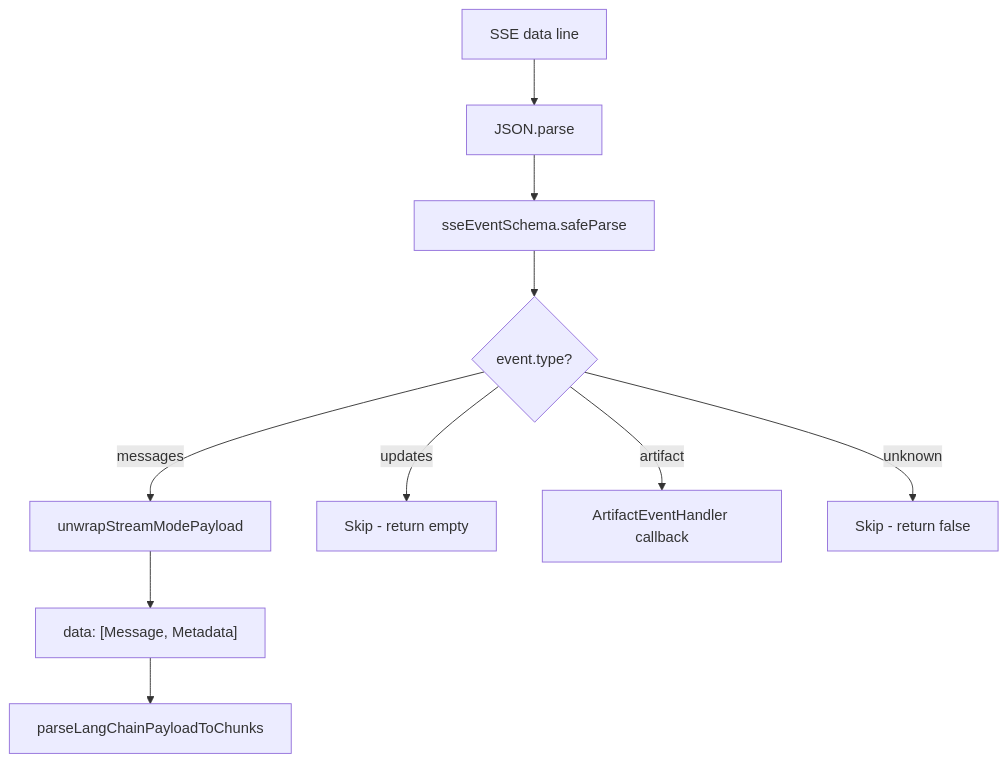
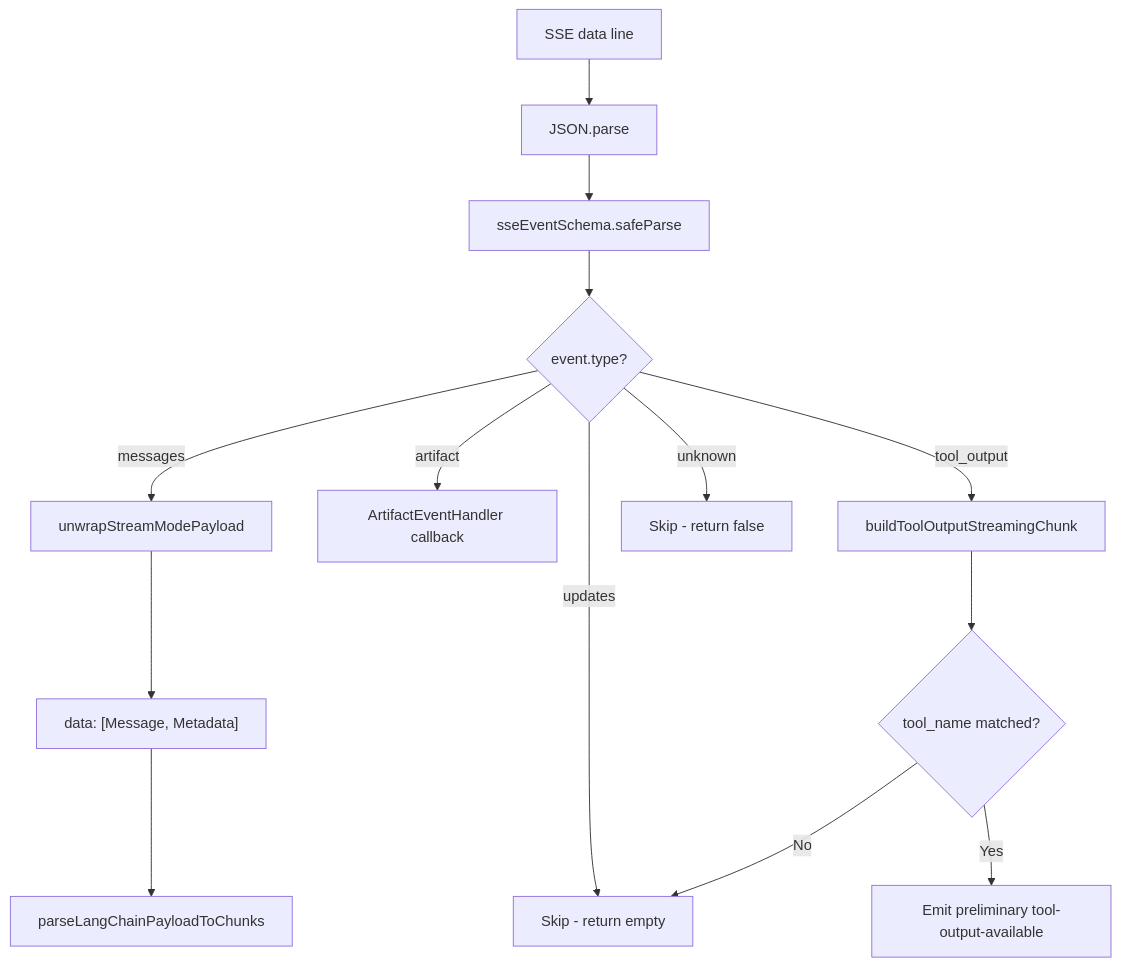
Before and after one commit to rzx007/digital-employe-client-web-m: the eighth of 11 diagrams in apps/web/src/lib/chat/langchain-stream-parser-flow.md, drawn with Mermaid. The commit also changed other lines of this file and 1 other file, not shown here.

````diff
--- a/apps/web/src/lib/chat/langchain-stream-parser-flow.md
+++ b/apps/web/src/lib/chat/langchain-stream-parser-flow.md
@@ -183,12 +288,16 @@
 ```mermaid
 flowchart TD
   A[SSE data line] --> B[JSON.parse]
   B --> C[sseEventSchema.safeParse]
   C --> D{event.type?}
   D -- "messages" --> E[unwrapStreamModePayload]
   E --> F["data: [Message, Metadata]"]
   F --> G[parseLangChainPayloadToChunks]
   D -- "updates" --> H["Skip - return empty"]
   D -- "artifact" --> I["ArtifactEventHandler callback"]
+  D -- "tool_output" --> I2["buildToolOutputStreamingChunk"]
+  I2 --> I3{tool_name matched?}
+  I3 -- Yes --> I4["Emit preliminary tool-output-available"]
+  I3 -- No --> H
   D -- "unknown" --> J["Skip - return false"]
 ```
````
